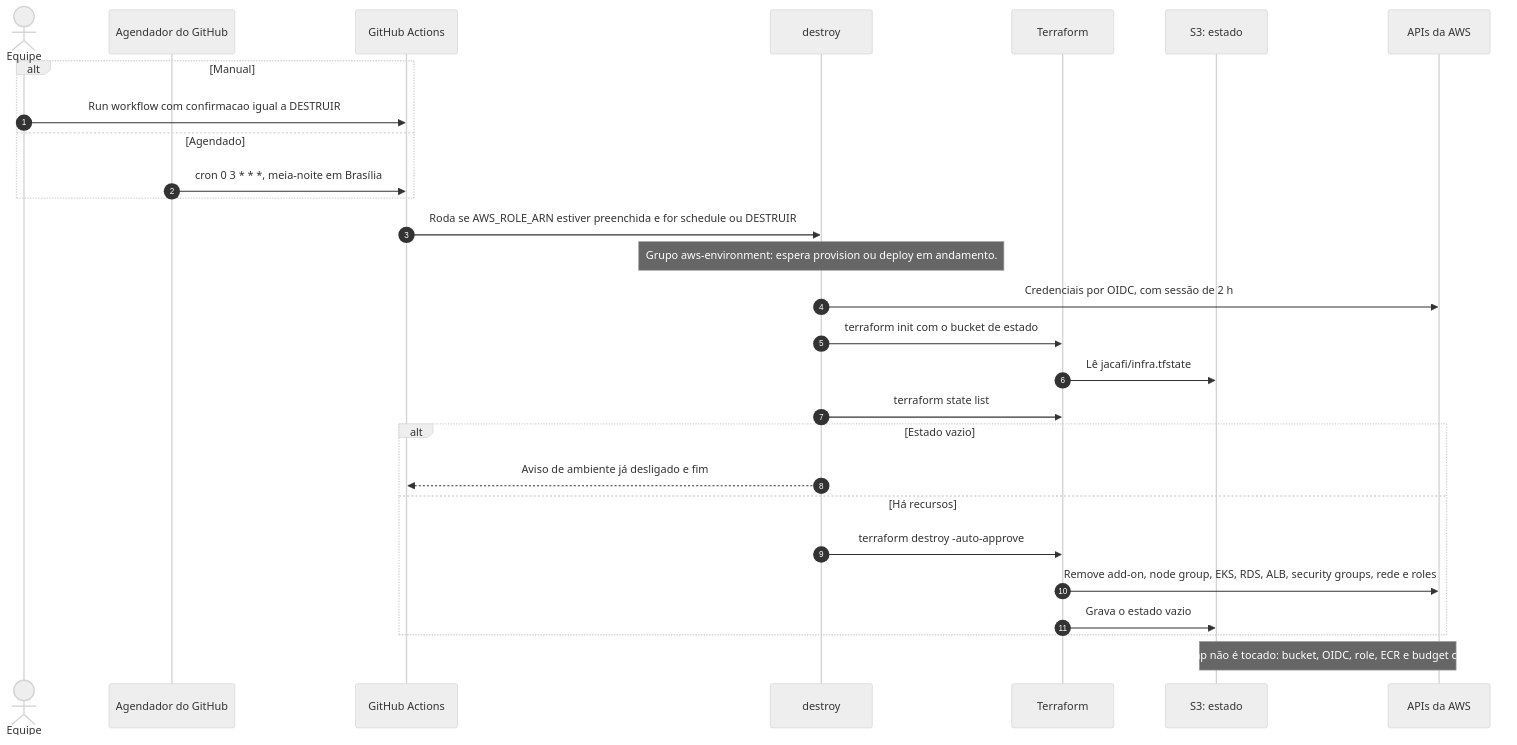
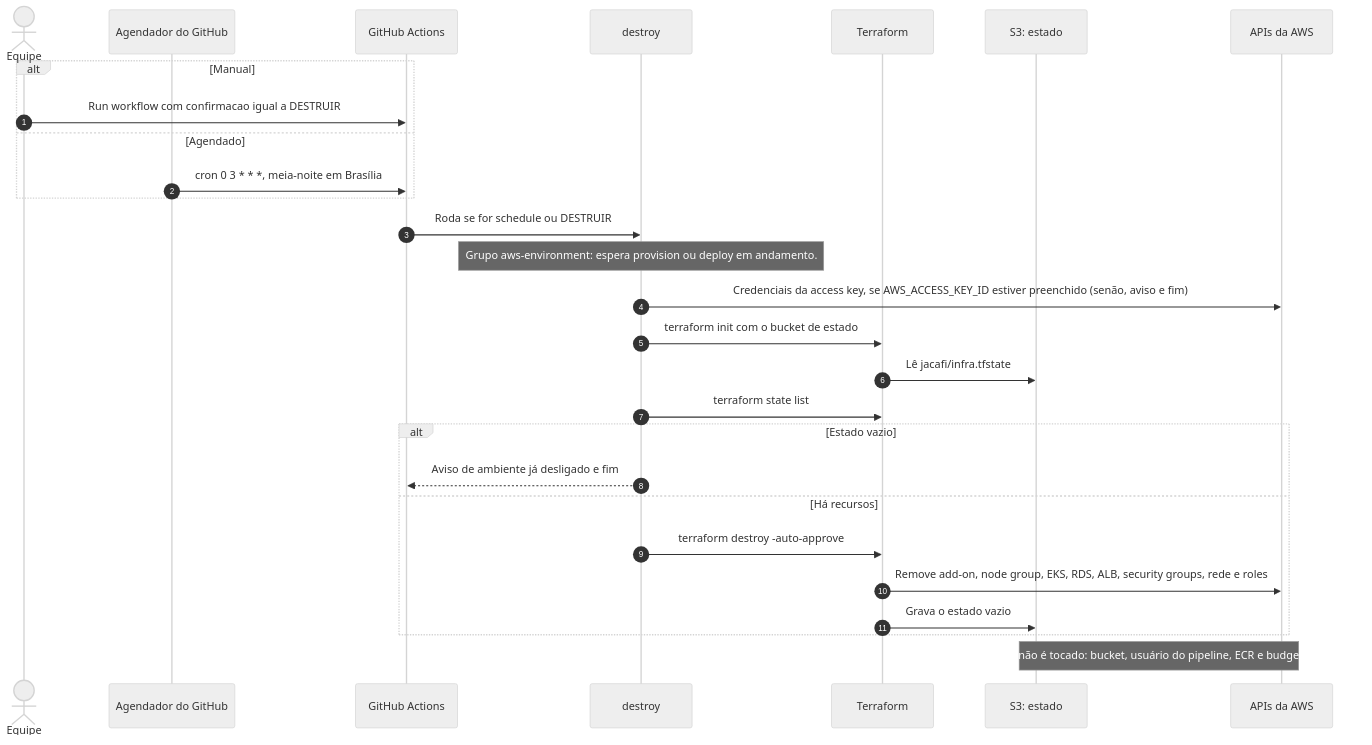
Before and after one commit to gabsevamac/JACAFI-FIAP_Tech-Challenge_01: diagram 13 of 16 in docs/arquitetura.md, drawn with Mermaid (neutral theme). The commit also changed other lines of this file and 4 other files, not shown here.

First line of the commit message:
docs: align docs with access-key auth and fix manual commands

````diff
--- a/docs/arquitetura.md
+++ b/docs/arquitetura.md
@@ -714,31 +717,31 @@
 ```mermaid
 sequenceDiagram
     autonumber
     actor Dev as Equipe
     participant Cron as Agendador do GitHub
     participant GH as GitHub Actions
     participant Job as destroy
     participant TF as Terraform
     participant S3 as S3: estado
     participant AWS as APIs da AWS
 
     alt Manual
         Dev->>GH: Run workflow com confirmacao igual a DESTRUIR
     else Agendado
         Cron->>GH: cron 0 3 * * *, meia-noite em Brasília
     end
-    GH->>Job: Roda se AWS_ROLE_ARN estiver preenchida e for schedule ou DESTRUIR
+    GH->>Job: Roda se for schedule ou DESTRUIR
     Note over Job: Grupo aws-environment: espera provision ou deploy em andamento.
-    Job->>AWS: Credenciais por OIDC, com sessão de 2 h
+    Job->>AWS: Credenciais da access key, se AWS_ACCESS_KEY_ID estiver preenchido (senão, aviso e fim)
     Job->>TF: terraform init com o bucket de estado
     TF->>S3: Lê jacafi/infra.tfstate
     Job->>TF: terraform state list
     alt Estado vazio
         Job-->>GH: Aviso de ambiente já desligado e fim
     else Há recursos
         Job->>TF: terraform destroy -auto-approve
         TF->>AWS: Remove add-on, node group, EKS, RDS, ALB, security groups, rede e roles
         TF->>S3: Grava o estado vazio
     end
-    Note over S3,AWS: O bootstrap não é tocado: bucket, OIDC, role, ECR e budget continuam.
+    Note over S3,AWS: O bootstrap não é tocado: bucket, usuário do pipeline, ECR e budget continuam.
 ```
````
